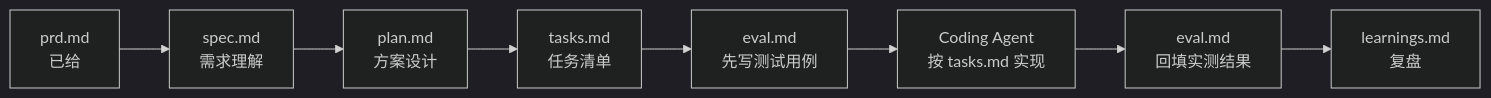
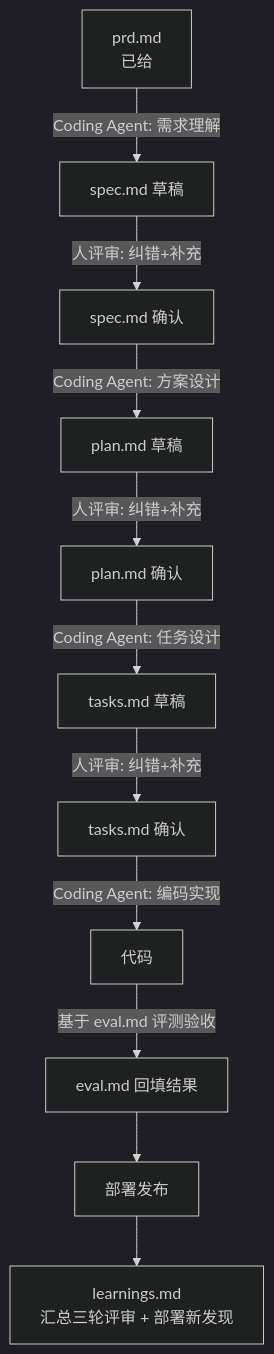
Before and after one commit to xjtai/zszc_ai_coding: the diagram in README.md, drawn with Mermaid (dark theme). The commit also changed other lines of this file and 6 other files, not shown here.

````diff
--- a/README.md
+++ b/README.md
@@ -9,10 +9,13 @@
 ```mermaid
-flowchart LR
-    P[prd.md<br/>已给] --> S[spec.md<br/>需求理解]
-    S --> PL[plan.md<br/>方案设计]
-    PL --> T[tasks.md<br/>任务清单]
-    T --> EV1[eval.md<br/>先写测试用例]
-    EV1 --> C[Coding Agent<br/>按 tasks.md 实现]
-    C --> EV2[eval.md<br/>回填实测结果]
-    EV2 --> L[learnings.md<br/>复盘]
+flowchart TD
+    P[prd.md<br/>已给] -->|Coding Agent: 需求理解| S1[spec.md 草稿]
+    S1 -->|人评审: 纠错+补充| S2[spec.md 确认]
+    S2 -->|Coding Agent: 方案设计| PL1[plan.md 草稿]
+    PL1 -->|人评审: 纠错+补充| PL2[plan.md 确认]
+    PL2 -->|Coding Agent: 任务设计| T1[tasks.md 草稿]
+    T1 -->|人评审: 纠错+补充| T2[tasks.md 确认]
+    T2 -->|Coding Agent: 编码实现| CODE[代码]
+    CODE -->|基于 eval.md 评测验收| EVAL[eval.md 回填结果]
+    EVAL --> DEPLOY[部署发布]
+    DEPLOY --> LEARN[learnings.md<br/>汇总三轮评审 + 部署新发现]
 ```
````
